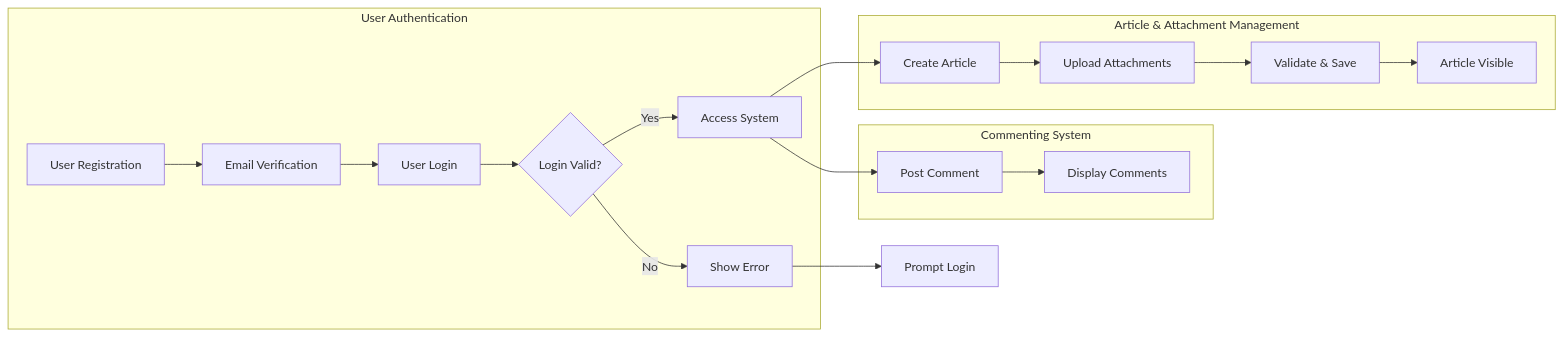
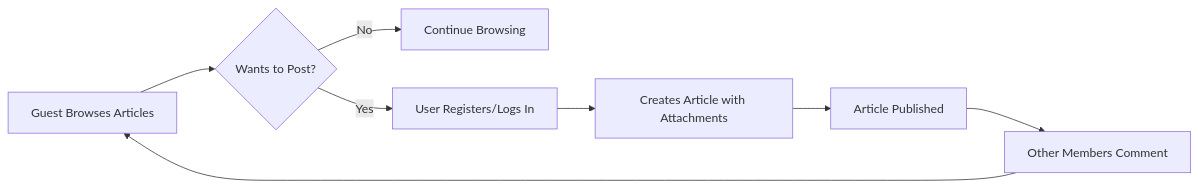
The diagram in openai/gpt-4.1-mini/bbs/docs/analysis/01-service-overview.md (wrtnlabs/autobe-examples), drawn with Mermaid before and after one commit. The commit also changed other lines of this file and 3569 other files, not shown here.

````diff
--- a/openai/gpt-4.1-mini/bbs/docs/analysis/01-service-overview.md
+++ b/openai/gpt-4.1-mini/bbs/docs/analysis/01-service-overview.md
@@ -134,25 +98,10 @@
 ```mermaid
-flowchart LR
-    subgraph "User Authentication"
-      A["User Registration"] --> B["Email Verification"]
-      B --> C["User Login"]
-      C --> D{"Login Valid?"}
-      D -->|"Yes"| E["Access System"]
-      D -->|"No"| F["Show Error"]
-    end
-
-    subgraph "Article & Attachment Management"
-      E --> G["Create Article"]
-      G --> H["Upload Attachments"]
-      H --> I["Validate & Save"]
-      I --> J["Article Visible"]
-    end
-
-    subgraph "Commenting System"
-      E --> K["Post Comment"]
-      K --> L["Display Comments"]
-    end
-
-    F --> M["Prompt Login"]
-
+graph LR
+  A["Guest Browses Articles"] --> B{"Wants to Post?"}
+  B -->|"No"| C["Continue Browsing"]
+  B -->|"Yes"| D["User Registers/Logs In"]
+  D --> E["Creates Article with Attachments"]
+  E --> F["Article Published"]
+  F --> G["Other Members Comment"]
+  G --> A
 ```
````
